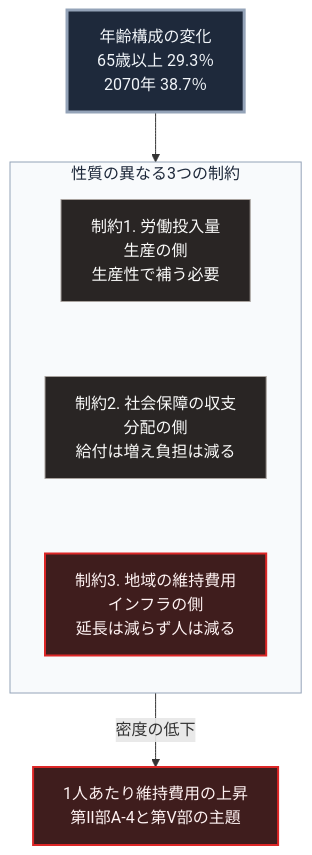
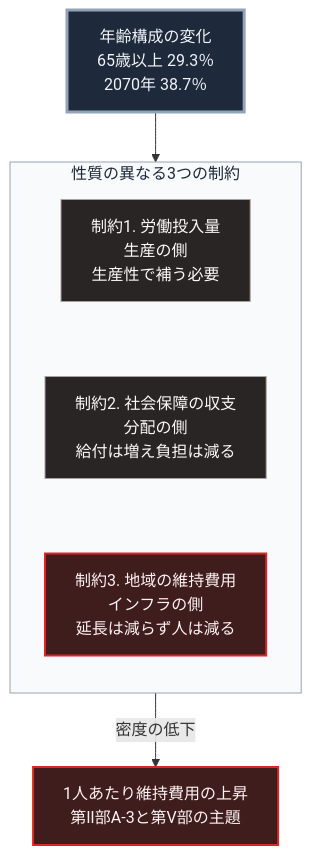
One commit to Takenori-Kusaka/zenn-content changed the diagram in books/sovereign-resilience-blueprint/japan-population-decline.md. Above: the diagram before and after it, drawn with Mermaid. The commit also changed other lines of this file and 76 other files, not shown here.

````diff
--- a/books/sovereign-resilience-blueprint/japan-population-decline.md
+++ b/books/sovereign-resilience-blueprint/japan-population-decline.md
@@ -81,18 +81,18 @@
 ```mermaid
 flowchart TD
     D[年齢構成の変化<br>65歳以上 29.3％<br>2070年 38.7％]
     subgraph G[性質の異なる3つの制約]
         direction TB
         C1[制約1. 労働投入量<br>生産の側<br>生産性で補う必要] ~~~ C2[制約2. 社会保障の収支<br>分配の側<br>給付は増え負担は減る]
         C2 ~~~ C3[制約3. 地域の維持費用<br>インフラの側<br>延長は減らず人は減る]
     end
     D --> G
-    C3 -->|密度の低下| X[1人あたり維持費用の上昇<br>第Ⅱ部A-4と第Ⅴ部の主題]
+    C3 -->|密度の低下| X[1人あたり維持費用の上昇<br>第Ⅱ部A-3と第Ⅴ部の主題]
 
     style D fill:#1e293b,stroke:#94a3b8,stroke-width:3px,color:#f1f5f9
     style C1 fill:#292524,stroke:#a8a29e,color:#fafaf9
     style C2 fill:#292524,stroke:#a8a29e,color:#fafaf9
     style C3 fill:#3f1d1d,stroke:#dc2626,stroke-width:2px,color:#fef2f2
     style X fill:#3f1d1d,stroke:#dc2626,stroke-width:2px,color:#fef2f2
     style G fill:#f8fafc,stroke:#94a3b8,color:#1e293b
 ```
````
